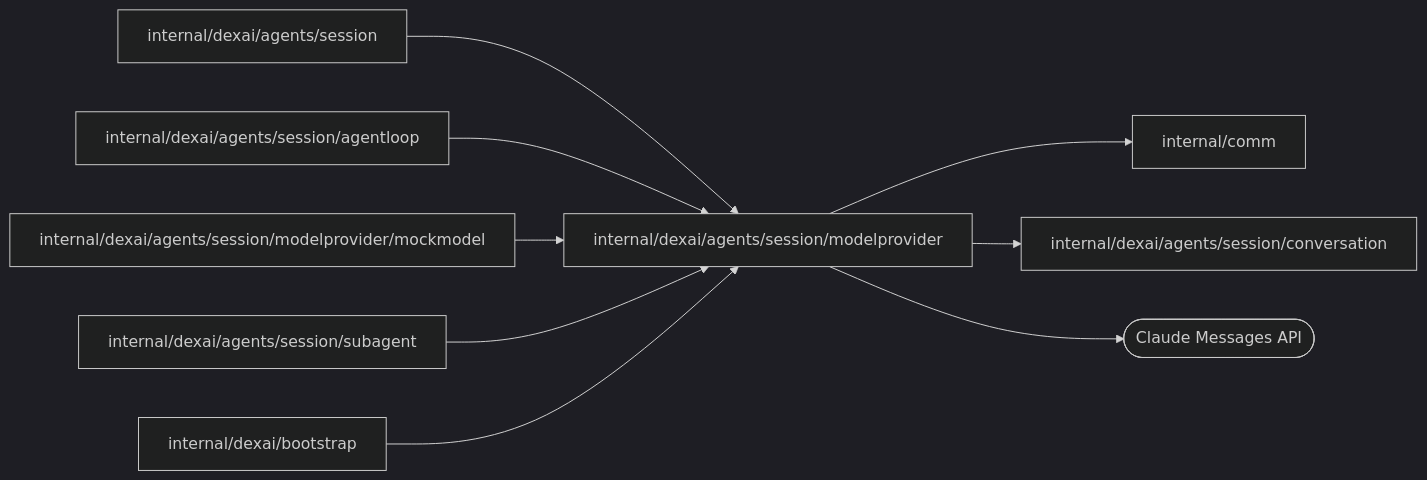
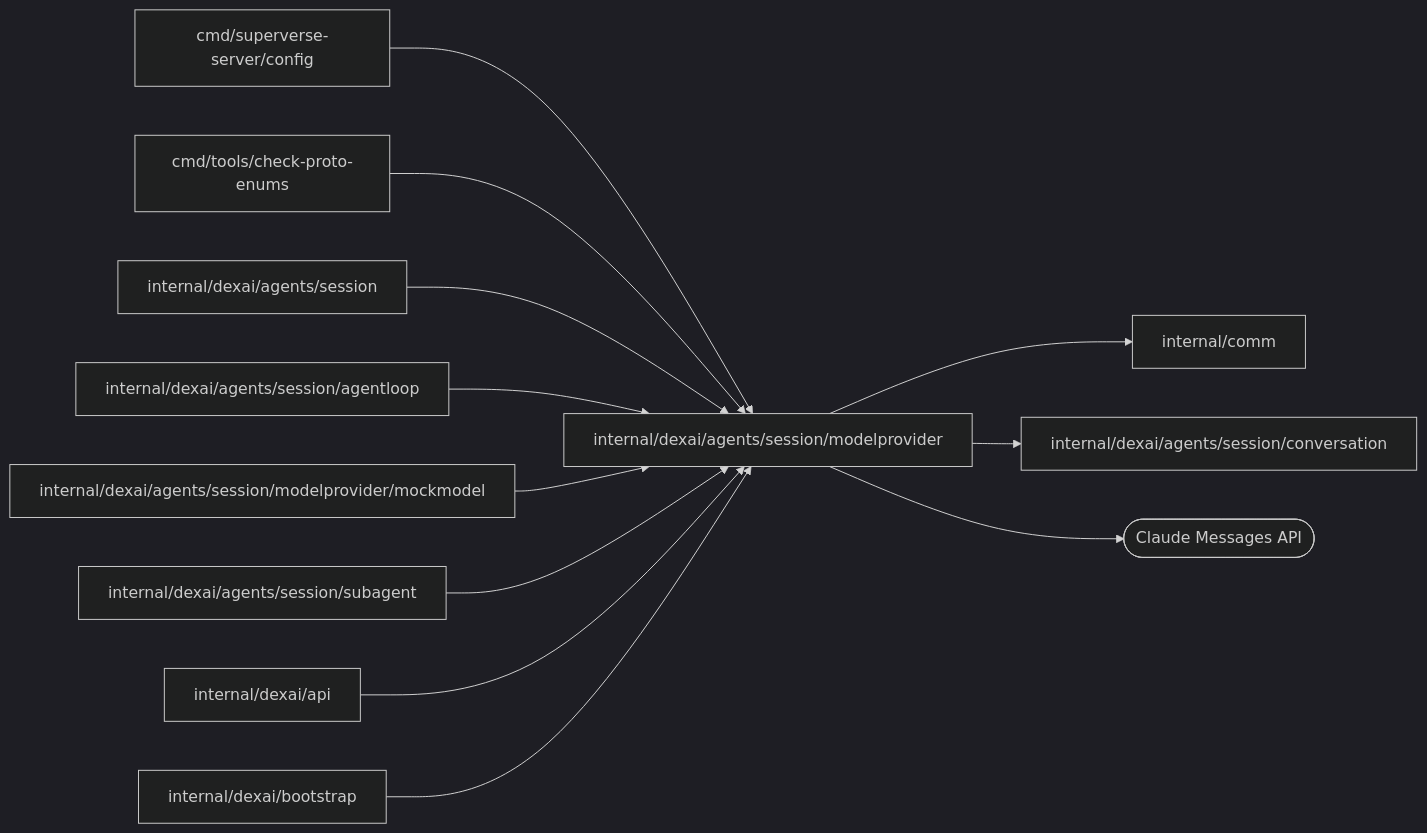
One commit to superdurable/superverse changed the diagram in internal/dexai/agents/session/modelprovider/README.md. Above: the diagram before and after it, drawn with Mermaid (dark theme). The commit also changed other lines of this file and 34 other files, not shown here.

````diff
--- a/internal/dexai/agents/session/modelprovider/README.md
+++ b/internal/dexai/agents/session/modelprovider/README.md
@@ -10,12 +10,15 @@
 ```mermaid
 flowchart LR
   self["internal/dexai/agents/session/modelprovider"]
-  c0["internal/dexai/agents/session"] --> self
-  c1["internal/dexai/agents/session/agentloop"] --> self
-  c2["internal/dexai/agents/session/modelprovider/mockmodel"] --> self
-  c3["internal/dexai/agents/session/subagent"] --> self
-  c4["internal/dexai/bootstrap"] --> self
+  c0["cmd/superverse-server/config"] --> self
+  c1["cmd/tools/check-proto-enums"] --> self
+  c2["internal/dexai/agents/session"] --> self
+  c3["internal/dexai/agents/session/agentloop"] --> self
+  c4["internal/dexai/agents/session/modelprovider/mockmodel"] --> self
+  c5["internal/dexai/agents/session/subagent"] --> self
+  c6["internal/dexai/api"] --> self
+  c7["internal/dexai/bootstrap"] --> self
   self --> d0["internal/comm"]
   self --> d1["internal/dexai/agents/session/conversation"]
   self --> e0(["Claude Messages API"])
 ```
````
